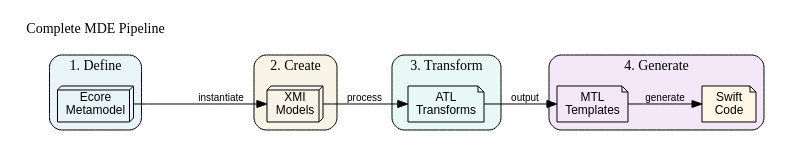
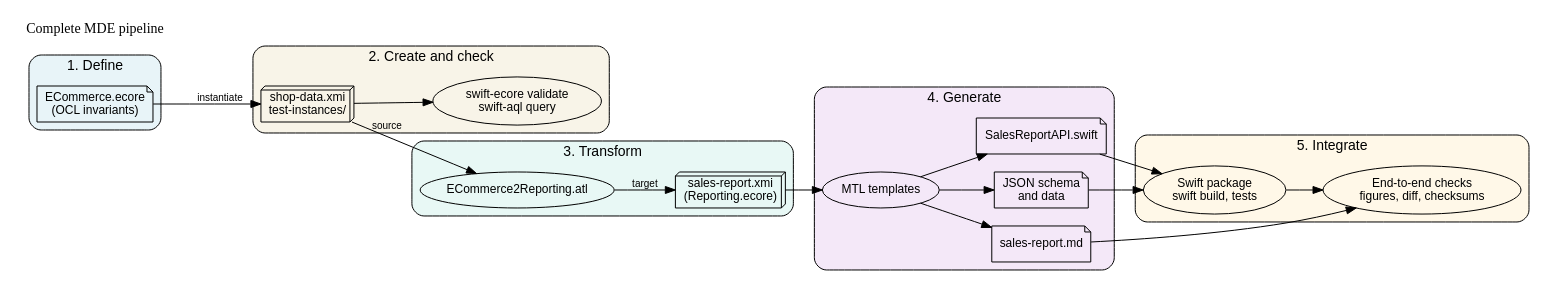
Before and after one commit to mipalgu/swift-modelling: the diagram in Sources/SwiftModelling/SwiftModelling.docc/Resources/complete-mde-workflow.dot, drawn with Graphviz. The commit also changed 89 other files, not shown here.

```diff
--- a/Sources/SwiftModelling/SwiftModelling.docc/Resources/complete-mde-workflow.dot
+++ b/Sources/SwiftModelling/SwiftModelling.docc/Resources/complete-mde-workflow.dot
@@ -1,42 +1,63 @@
 digraph CompleteMDEWorkflow {
     bgcolor="white"
+    fontname="Arial"
     rankdir=LR
     node [shape=box, style=rounded, fontname="Arial", fontsize=12]
     edge [fontname="Arial", fontsize=10]
-    
+
     subgraph cluster_define {
         label="1. Define"
         style=rounded
         bgcolor="#e8f4f8"
-        ecore [label="Ecore\nMetamodel" shape=box3d]
+        ecore [label="ECommerce.ecore\n(OCL invariants)" shape=note]
     }
-    
+
     subgraph cluster_create {
-        label="2. Create"
+        label="2. Create and check"
         style=rounded
         bgcolor="#f8f4e8"
-        xmi [label="XMI\nModels" shape=box3d]
+        xmi [label="shop-data.xmi\ntest-instances/" shape=box3d]
+        check [label="swift-ecore validate\nswift-aql query" shape=ellipse]
     }
-    
+
     subgraph cluster_transform {
         label="3. Transform"
         style=rounded
         bgcolor="#e8f8f5"
-        atl [label="ATL\nTransforms" shape=note]
+        atl [label="ECommerce2Reporting.atl" shape=ellipse]
+        report [label="sales-report.xmi\n(Reporting.ecore)" shape=box3d]
     }
-    
+
     subgraph cluster_generate {
         label="4. Generate"
         style=rounded
         bgcolor="#f4e8f8"
-        mtl [label="MTL\nTemplates" shape=note]
-        code [label="Swift\nCode" shape=note fillcolor="#fff8e8" style=filled]
+        mtl [label="MTL templates" shape=ellipse]
+        swift [label="SalesReportAPI.swift" shape=note]
+        json [label="JSON schema\nand data" shape=note]
+        docs [label="sales-report.md" shape=note]
     }
-    
+
+    subgraph cluster_integrate {
+        label="5. Integrate"
+        style=rounded
+        bgcolor="#fff8e8"
+        build [label="Swift package\nswift build, tests" shape=ellipse]
+        e2e [label="End-to-end checks\nfigures, diff, checksums" shape=ellipse]
+    }
+
     ecore -> xmi [label="instantiate"]
-    xmi -> atl [label="process"]
-    atl -> mtl [label="output"]
-    mtl -> code [label="generate"]
-    
-    legendTitle [label="Complete MDE Pipeline" shape=plaintext fontname="Arial Bold" fontsize=14]
+    xmi -> check
+    xmi -> atl [label="source"]
+    atl -> report [label="target"]
+    report -> mtl
+    mtl -> swift
+    mtl -> json
+    mtl -> docs
+    swift -> build
+    json -> build
+    docs -> e2e
+    build -> e2e
+
+    legendTitle [label="Complete MDE pipeline" shape=plaintext fontname="Arial Bold" fontsize=14]
 }
```
